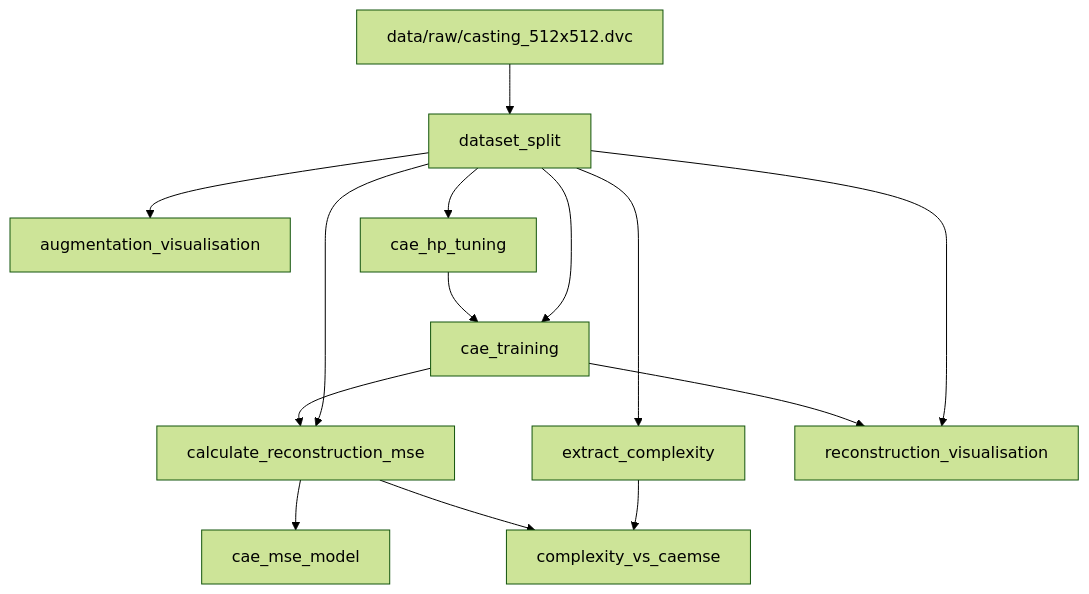
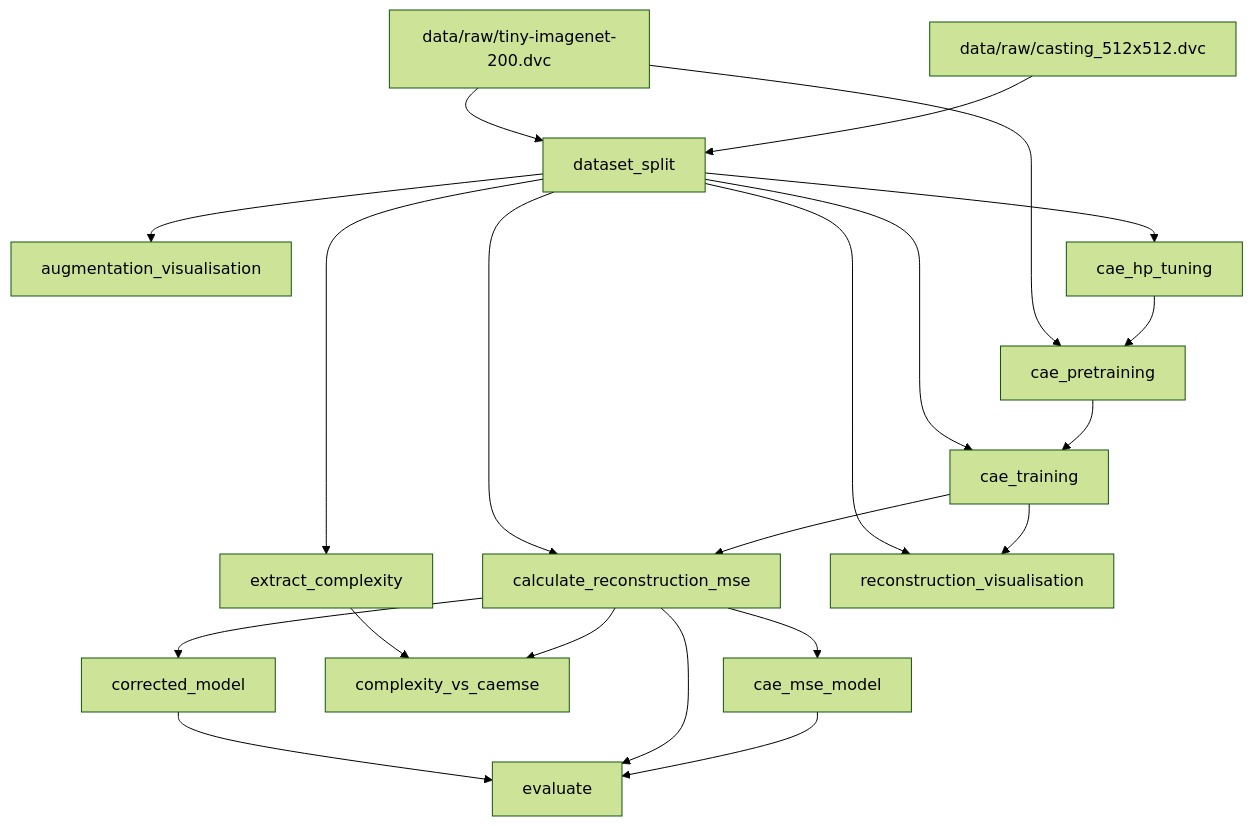
The diagram in visualisation/dag.md (alexsandercaac/img-complexity-cae), drawn with Mermaid (forest theme) before and after one commit. The commit also changed 26 other files, not shown here.

````diff
--- a/visualisation/dag.md
+++ b/visualisation/dag.md
@@ -1,26 +1,37 @@
 ```mermaid
 flowchart TD
 	node1["augmentation_visualisation"]
 	node2["cae_hp_tuning"]
 	node3["cae_mse_model"]
-	node4["cae_training"]
-	node5["calculate_reconstruction_mse"]
-	node6["complexity_vs_caemse"]
-	node7["data/raw/casting_512x512.dvc"]
-	node8["dataset_split"]
-	node9["extract_complexity"]
-	node10["reconstruction_visualisation"]
+	node4["cae_pretraining"]
+	node5["cae_training"]
+	node6["calculate_reconstruction_mse"]
+	node7["complexity_vs_caemse"]
+	node8["corrected_model"]
+	node9["data/raw/casting_512x512.dvc"]
+	node10["data/raw/tiny-imagenet-200.dvc"]
+	node11["dataset_split"]
+	node12["evaluate"]
+	node13["extract_complexity"]
+	node14["reconstruction_visualisation"]
 	node2-->node4
+	node3-->node12
 	node4-->node5
-	node4-->node10
-	node5-->node3
 	node5-->node6
-	node7-->node8
-	node8-->node1
-	node8-->node2
-	node8-->node4
-	node8-->node5
-	node8-->node9
-	node8-->node10
-	node9-->node6
+	node5-->node14
+	node6-->node3
+	node6-->node7
+	node6-->node8
+	node6-->node12
+	node8-->node12
+	node9-->node11
+	node10-->node4
+	node10-->node11
+	node11-->node1
+	node11-->node2
+	node11-->node5
+	node11-->node6
+	node11-->node13
+	node11-->node14
+	node13-->node7
 ```
````
